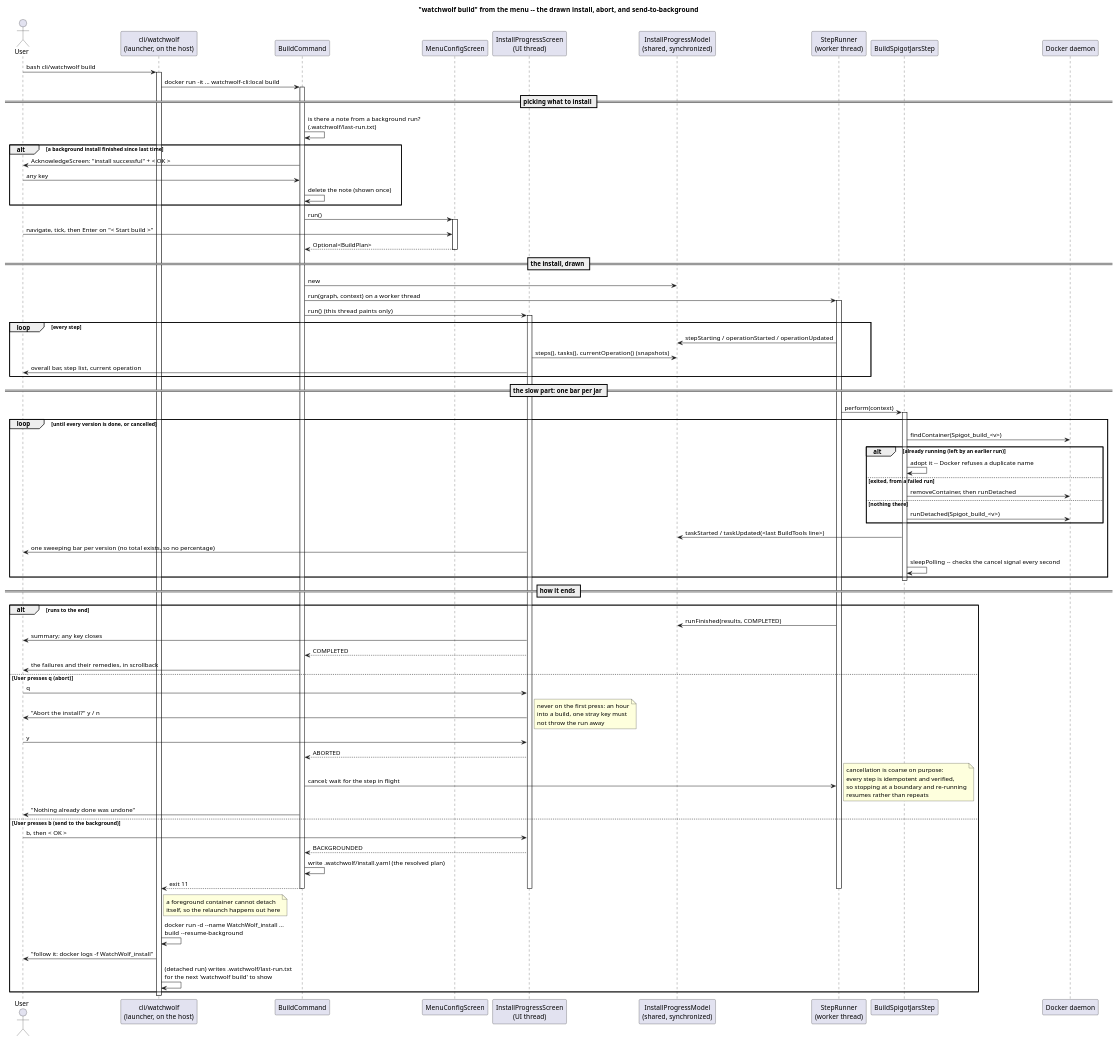
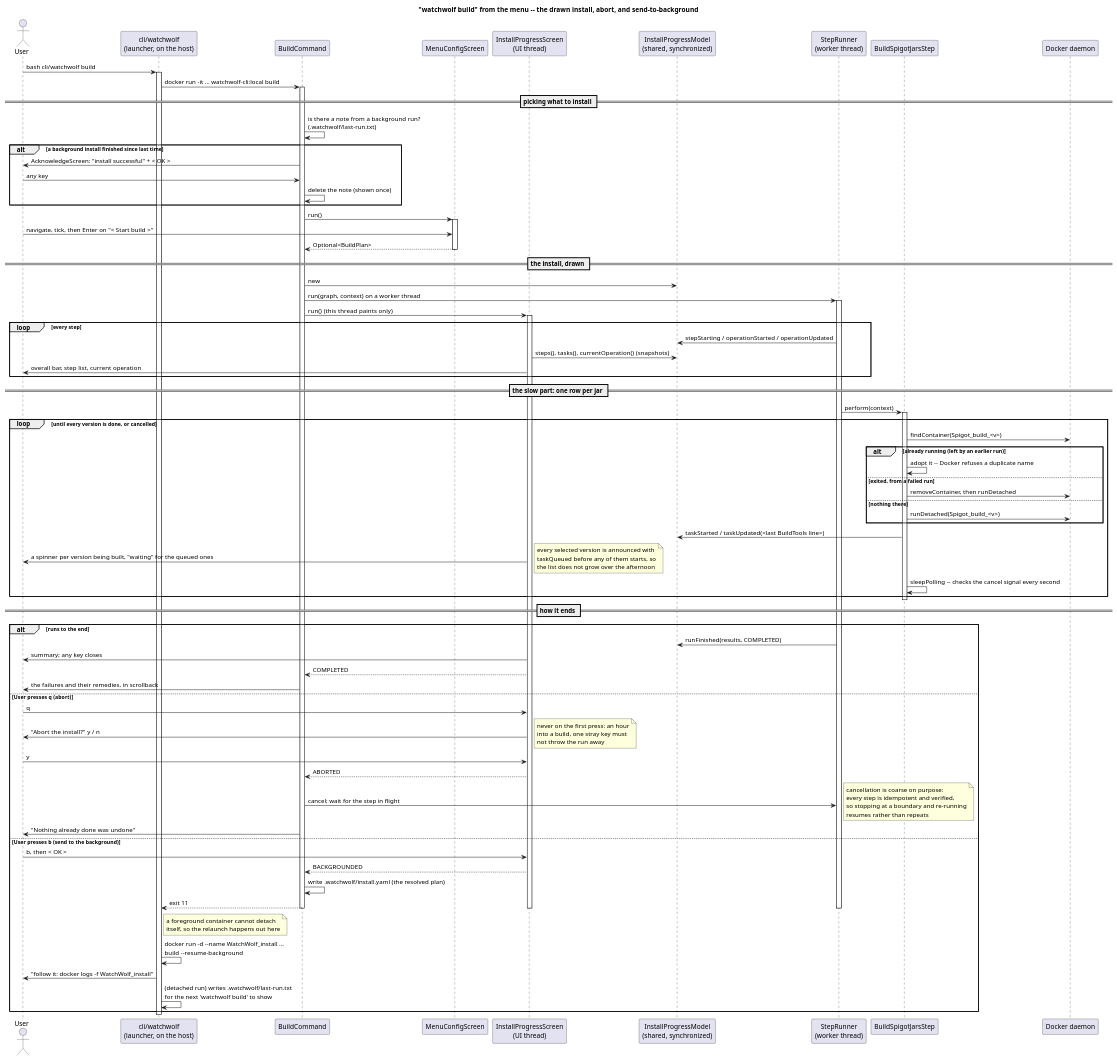
Before and after one commit to watch-wolf/WatchWolf: the diagram in cli/docs/install-ui.puml, drawn with PlantUML. The commit also changed 13 other files, not shown here.

First line of the commit message:
Show every Spigot version as a row; drop the sweeping bar

```diff
--- a/cli/docs/install-ui.puml
+++ b/cli/docs/install-ui.puml
@@ -1,110 +1,115 @@
 @startuml install-ui
 title "watchwolf build" from the menu -- the drawn install, abort, and send-to-background
 
 actor User
 participant "cli/watchwolf\n(launcher, on the host)" as Launcher
 participant "BuildCommand" as Build
 participant "MenuConfigScreen" as Menu
 participant "InstallProgressScreen\n(UI thread)" as Screen
 participant "InstallProgressModel\n(shared, synchronized)" as Model
 participant "StepRunner\n(worker thread)" as Runner
 participant "BuildSpigotJarsStep" as Spigot
 participant "Docker daemon" as Docker
 
 User -> Launcher: bash cli/watchwolf build
 activate Launcher
 Launcher -> Build: docker run -it ... watchwolf-cli:local build
 activate Build
 
 == picking what to install ==
 
 Build -> Build: is there a note from a background run?\n(.watchwolf/last-run.txt)
 alt a background install finished since last time
     Build -> User: AcknowledgeScreen: "install successful" + < OK >
     User -> Build: any key
     Build -> Build: delete the note (shown once)
 end
 
 Build -> Menu: run()
 activate Menu
 User -> Menu: navigate, tick, then Enter on "< Start build >"
 Menu --> Build: Optional<BuildPlan>
 deactivate Menu
 
 == the install, drawn ==
 
 Build -> Model: new
 Build -> Runner: run(graph, context) on a worker thread
 activate Runner
 Build -> Screen: run()  (this thread paints only)
 activate Screen
 
 loop every step
     Runner -> Model: stepStarting / operationStarted / operationUpdated
     Screen -> Model: steps(), tasks(), currentOperation()  (snapshots)
     Screen -> User: overall bar, step list, current operation
 end
 
-== the slow part: one bar per jar ==
+== the slow part: one row per jar ==
 
 Runner -> Spigot: perform(context)
 activate Spigot
 loop until every version is done, or cancelled
     Spigot -> Docker: findContainer(Spigot_build_<v>)
     alt already running (left by an earlier run)
         Spigot -> Spigot: adopt it -- Docker refuses a duplicate name
     else exited, from a failed run
         Spigot -> Docker: removeContainer, then runDetached
     else nothing there
         Spigot -> Docker: runDetached(Spigot_build_<v>)
     end
     Spigot -> Model: taskStarted / taskUpdated(<last BuildTools line>)
-    Screen -> User: one sweeping bar per version (no total exists, so no percentage)
+    Screen -> User: a spinner per version being built, "waiting" for the queued ones
+    note right
+      every selected version is announced with
+      taskQueued before any of them starts, so
+      the list does not grow over the afternoon
+    end note
     Spigot -> Spigot: sleepPolling -- checks the cancel signal every second
 end
 deactivate Spigot
 
 == how it ends ==
 
 alt runs to the end
     Runner -> Model: runFinished(results, COMPLETED)
     Screen -> User: summary; any key closes
     Screen --> Build: COMPLETED
     Build -> User: the failures and their remedies, in scrollback
 else User presses q  (abort)
     User -> Screen: q
     Screen -> User: "Abort the install?"  y / n
     note right
       never on the first press: an hour
       into a build, one stray key must
       not throw the run away
     end note
     User -> Screen: y
     Screen --> Build: ABORTED
     Build -> Runner: cancel; wait for the step in flight
     note right
       cancellation is coarse on purpose:
       every step is idempotent and verified,
       so stopping at a boundary and re-running
       resumes rather than repeats
     end note
     Build -> User: "Nothing already done was undone"
 else User presses b  (send to the background)
     User -> Screen: b, then < OK >
     Screen --> Build: BACKGROUNDED
     Build -> Build: write .watchwolf/install.yaml (the resolved plan)
     Build --> Launcher: exit 11
     deactivate Screen
     deactivate Runner
     deactivate Build
     note right of Launcher
       a foreground container cannot detach
       itself, so the relaunch happens out here
     end note
     Launcher -> Launcher: docker run -d --name WatchWolf_install ...\nbuild --resume-background
     Launcher -> User: "follow it: docker logs -f WatchWolf_install"
     Launcher -> Launcher: (detached run) writes .watchwolf/last-run.txt\nfor the next 'watchwolf build' to show
 end
 
 deactivate Launcher
 @enduml
```
